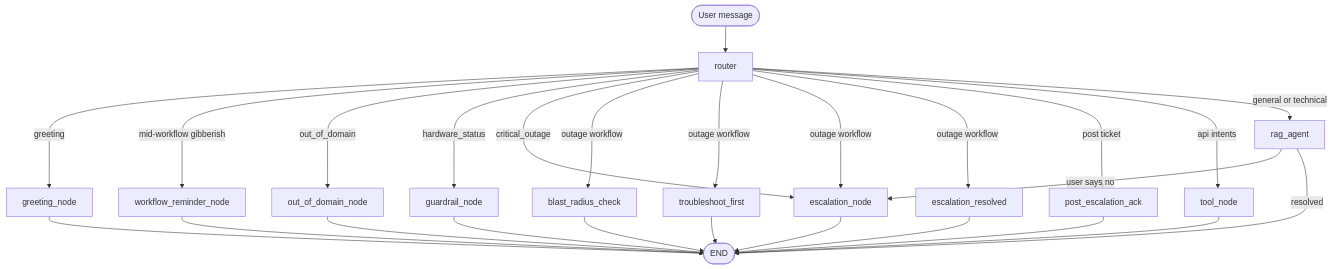
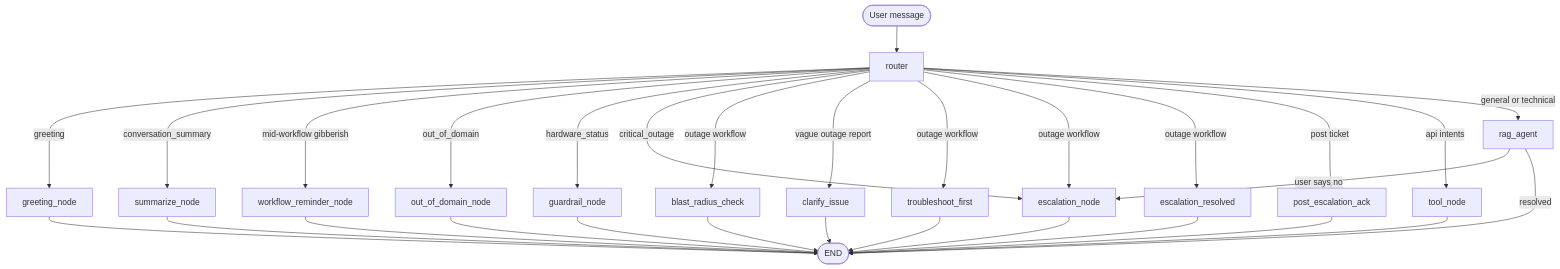
The second of 2 diagrams in docs/ARCHITECTURE.md (anupks5942/operator-AI), drawn with Mermaid before and after one commit. The commit also changed other lines of this file and 7 other files, not shown here.

````diff
--- a/docs/ARCHITECTURE.md
+++ b/docs/ARCHITECTURE.md
@@ -56,28 +56,32 @@
 ```mermaid
 flowchart TD
   start([User message]) --> router[router]
   router -->|greeting| greet[greeting_node]
+  router -->|conversation_summary| summarize[summarize_node]
   router -->|mid-workflow gibberish| remind[workflow_reminder_node]
   router -->|out_of_domain| ood[out_of_domain_node]
   router -->|hardware_status| guard[guardrail_node]
   router -->|critical_outage| esc[escalation_node]
   router -->|outage workflow| blast[blast_radius_check]
+  router -->|vague outage report| clarify[clarify_issue]
   router -->|outage workflow| troubleshoot[troubleshoot_first]
   router -->|outage workflow| esc
   router -->|outage workflow| resolved[escalation_resolved]
   router -->|post ticket| ack[post_escalation_ack]
   router -->|api intents| tools[tool_node]
   router -->|general or technical| rag[rag_agent]
   rag -->|user says no| esc
   rag -->|resolved| endNode([END])
   greet --> endNode
+  summarize --> endNode
   remind --> endNode
+  clarify --> endNode
   blast --> endNode
   troubleshoot --> endNode
   esc --> endNode
   guard --> endNode
   ood --> endNode
   tools --> endNode
   resolved --> endNode
   ack --> endNode
 ```
````
